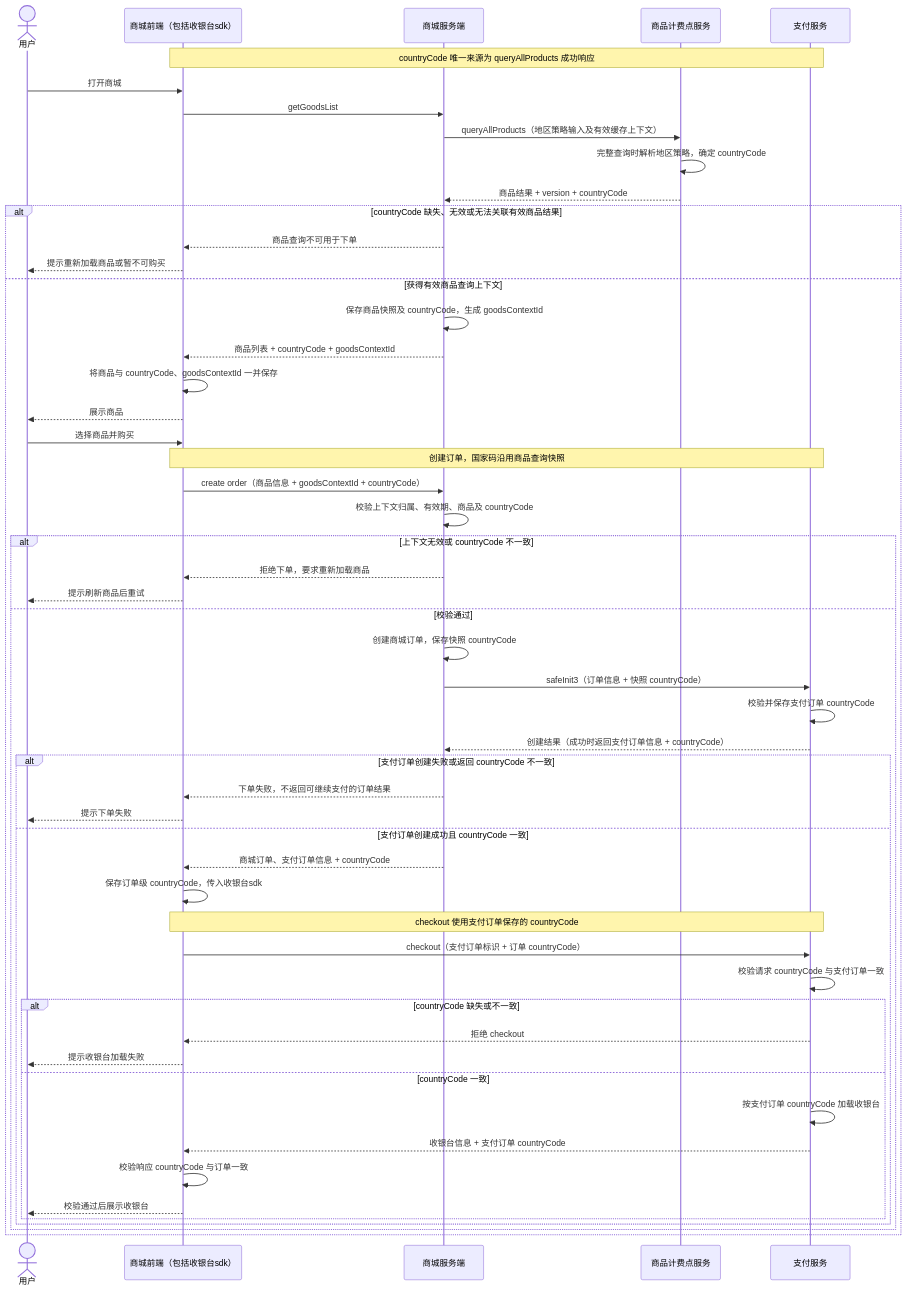
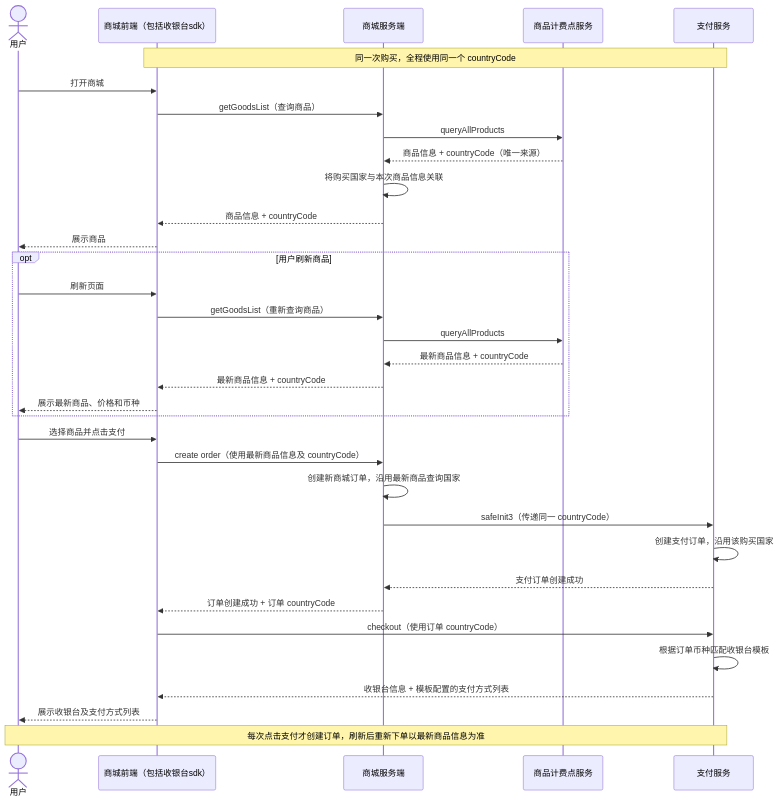
Before and after one commit to AAAlan/webstore_oversea: the diagram in docs/country-code-consistency.md, drawn with Mermaid. The commit also changed other lines of this file and 1 other file, not shown here.

Commit message:
docs: refine countryCode PRD and checkout currency rules

````diff
--- a/docs/country-code-consistency.md
+++ b/docs/country-code-consistency.md
@@ -65,62 +113,42 @@
 ```mermaid
 sequenceDiagram
     actor User as 用户
     participant FE as 商城前端（包括收银台sdk）
     participant Mall as 商城服务端
     participant Goods as 商品计费点服务
     participant Pay as 支付服务
 
-    Note over FE,Pay: countryCode 唯一来源为 queryAllProducts 成功响应
+    Note over FE,Pay: 同一次购买，全程使用同一个 countryCode
+
     User->>FE: 打开商城
-    FE->>Mall: getGoodsList
-    Mall->>Goods: queryAllProducts（地区策略输入及有效缓存上下文）
-    Goods->>Goods: 完整查询时解析地区策略，确定 countryCode
-    Goods-->>Mall: 商品结果 + version + countryCode
+    FE->>Mall: getGoodsList（查询商品）
+    Mall->>Goods: queryAllProducts
+    Goods-->>Mall: 商品信息 + countryCode（唯一来源）
+    Mall->>Mall: 将购买国家与本次商品信息关联
+    Mall-->>FE: 商品信息 + countryCode
+    FE-->>User: 展示商品
 
-    alt countryCode 缺失、无效或无法关联有效商品结果
-        Mall-->>FE: 商品查询不可用于下单
-        FE-->>User: 提示重新加载商品或暂不可购买
-    else 获得有效商品查询上下文
-        Mall->>Mall: 保存商品快照及 countryCode，生成 goodsContextId
-        Mall-->>FE: 商品列表 + countryCode + goodsContextId
-        FE->>FE: 将商品与 countryCode、goodsContextId 一并保存
-        FE-->>User: 展示商品
-        User->>FE: 选择商品并购买
+    opt 用户刷新商品
+        User->>FE: 刷新页面
+        FE->>Mall: getGoodsList（重新查询商品）
+        Mall->>Goods: queryAllProducts
+        Goods-->>Mall: 最新商品信息 + countryCode
+        Mall-->>FE: 最新商品信息 + countryCode
+        FE-->>User: 展示最新商品、价格和币种
+    end
 
-        Note over FE,Pay: 创建订单，国家码沿用商品查询快照
-        FE->>Mall: create order（商品信息 + goodsContextId + countryCode）
-        Mall->>Mall: 校验上下文归属、有效期、商品及 countryCode
+    User->>FE: 选择商品并点击支付
+    FE->>Mall: create order（使用最新商品信息及 countryCode）
+    Mall->>Mall: 创建新商城订单，沿用最新商品查询国家
+    Mall->>Pay: safeInit3（传递同一 countryCode）
+    Pay->>Pay: 创建支付订单，沿用该购买国家
+    Pay-->>Mall: 支付订单创建成功
+    Mall-->>FE: 订单创建成功 + 订单 countryCode
 
-        alt 上下文无效或 countryCode 不一致
-            Mall-->>FE: 拒绝下单，要求重新加载商品
-            FE-->>User: 提示刷新商品后重试
-        else 校验通过
-            Mall->>Mall: 创建商城订单，保存快照 countryCode
-            Mall->>Pay: safeInit3（订单信息 + 快照 countryCode）
-            Pay->>Pay: 校验并保存支付订单 countryCode
-            Pay-->>Mall: 创建结果（成功时返回支付订单信息 + countryCode）
+    FE->>Pay: checkout（使用订单 countryCode）
+    Pay->>Pay: 根据订单币种匹配收银台模板
+    Pay-->>FE: 收银台信息 + 模板配置的支付方式列表
+    FE-->>User: 展示收银台及支付方式列表
 
-            alt 支付订单创建失败或返回 countryCode 不一致
-                Mall-->>FE: 下单失败，不返回可继续支付的订单结果
-                FE-->>User: 提示下单失败
-            else 支付订单创建成功且 countryCode 一致
-                Mall-->>FE: 商城订单、支付订单信息 + countryCode
-                FE->>FE: 保存订单级 countryCode，传入收银台sdk
-
-                Note over FE,Pay: checkout 使用支付订单保存的 countryCode
-                FE->>Pay: checkout（支付订单标识 + 订单 countryCode）
-                Pay->>Pay: 校验请求 countryCode 与支付订单一致
-
-                alt countryCode 缺失或不一致
-                    Pay-->>FE: 拒绝 checkout
-                    FE-->>User: 提示收银台加载失败
-                else countryCode 一致
-                    Pay->>Pay: 按支付订单 countryCode 加载收银台
-                    Pay-->>FE: 收银台信息 + 支付订单 countryCode
-                    FE->>FE: 校验响应 countryCode 与订单一致
-                    FE-->>User: 校验通过后展示收银台
-                end
-            end
-        end
-    end
+    Note over User,Pay: 每次点击支付才创建订单，刷新后重新下单以最新商品信息为准
 ```
````
